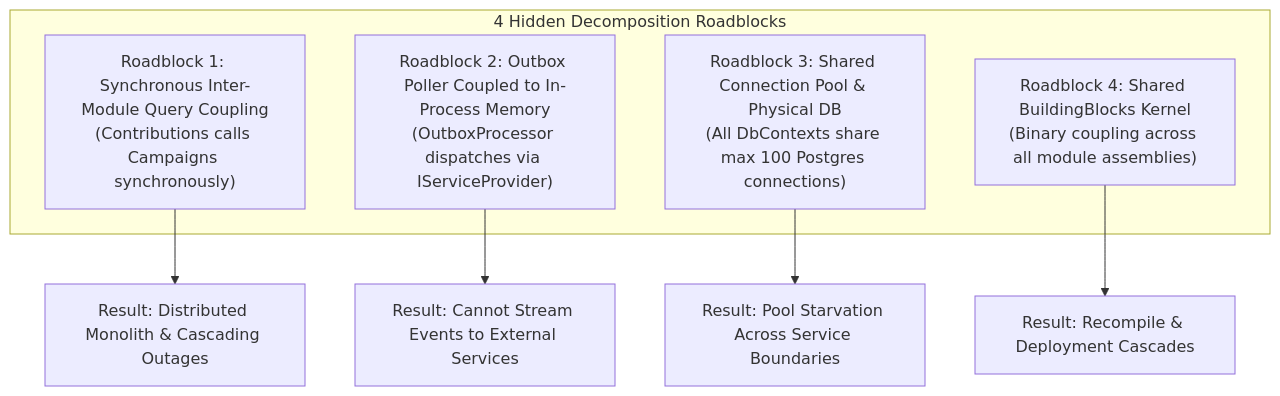
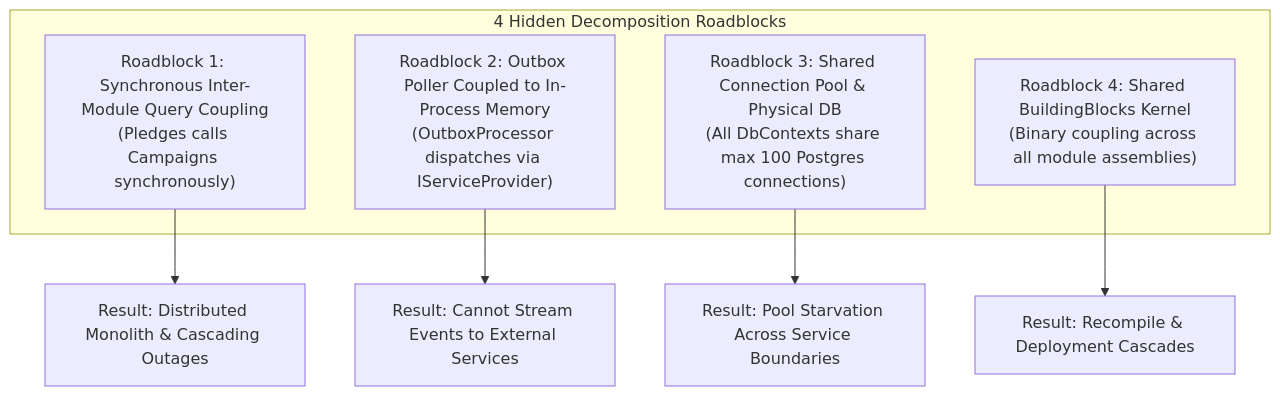
The first of 2 diagrams in educational/02-gap-analysis-and-tradeoffs/under-engineering-audit.md (maysamgamini/crowdfundinghub), drawn with Mermaid before and after one commit. The commit also changed other lines of this file and 571 other files, not shown here.

````diff
--- a/educational/02-gap-analysis-and-tradeoffs/under-engineering-audit.md
+++ b/educational/02-gap-analysis-and-tradeoffs/under-engineering-audit.md
@@ -14,14 +14,14 @@
 ```mermaid
 graph TD
     subgraph Roadblocks["4 Hidden Decomposition Roadblocks"]
-        RB1["Roadblock 1: Synchronous Inter-Module Query Coupling<br/>(Contributions calls Campaigns synchronously)"]
+        RB1["Roadblock 1: Synchronous Inter-Module Query Coupling<br/>(Pledges calls Campaigns synchronously)"]
         RB2["Roadblock 2: Outbox Poller Coupled to In-Process Memory<br/>(OutboxProcessor dispatches via IServiceProvider)"]
         RB3["Roadblock 3: Shared Connection Pool & Physical DB<br/>(All DbContexts share max 100 Postgres connections)"]
         RB4["Roadblock 4: Shared BuildingBlocks Kernel<br/>(Binary coupling across all module assemblies)"]
     end
 
     RB1 --> DM1["Result: Distributed Monolith & Cascading Outages"]
     RB2 --> DM2["Result: Cannot Stream Events to External Services"]
     RB3 --> DM3["Result: Pool Starvation Across Service Boundaries"]
     RB4 --> DM4["Result: Recompile & Deployment Cascades"]
 ```
````
